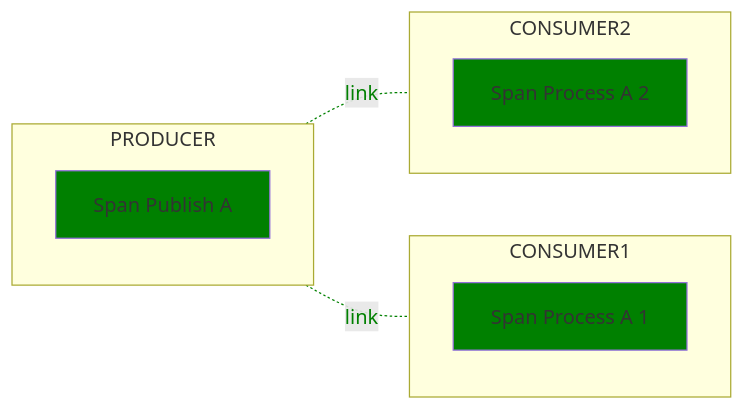
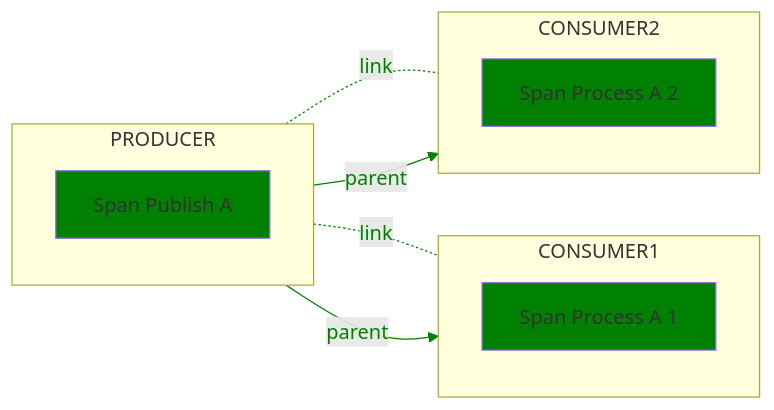
The first of 3 diagrams in docs/messaging/messaging-spans.md (open-telemetry/semantic-conventions), drawn with Mermaid before and after one commit. The commit also changed other lines of this file and 1 other file, not shown here.

Commit message:
Add paragraph about usage of parent-child relationship (#1414)

````diff
--- a/docs/messaging/messaging-spans.md
+++ b/docs/messaging/messaging-spans.md
@@ -455,21 +500,23 @@
 ```mermaid
 flowchart LR;
   subgraph PRODUCER
   direction TB
   P[Span Publish A]
   end
   subgraph CONSUMER1
   direction TB
   R1[Span Process A 1]
   end
   subgraph CONSUMER2
   direction TB
   R2[Span Process A 2]
   end
   P-. link .-R1;
+  P-- parent -->R1;
   P-. link .-R2;
+  P-- parent -->R2;
 
   classDef normal fill:green
   class P,R1,R2 normal
-  linkStyle 0,1 color:green,stroke:green
+  linkStyle 0,1,2,3 color:green,stroke:green
 ```
````
